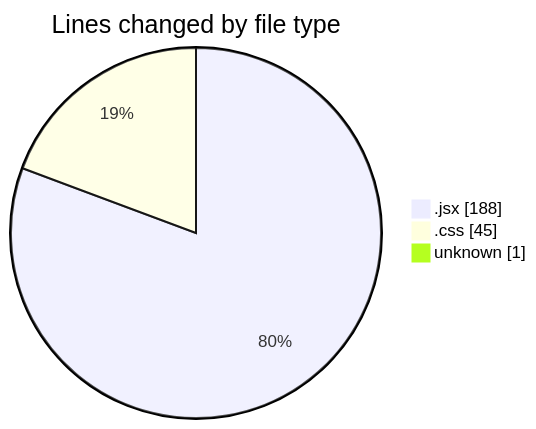
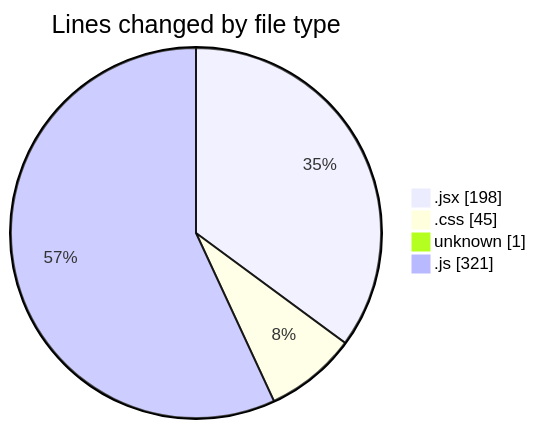
The first of 2 diagrams in 2025-02-06/react_ecom/README.md (Elitesun/code-tracking), drawn with Mermaid before and after one commit. The commit also changed other lines of this file and 1 other file, not shown here.

````diff
--- a/2025-02-06/react_ecom/README.md
+++ b/2025-02-06/react_ecom/README.md
@@ -24,7 +26,8 @@
 ```mermaid
 pie showData
 title Lines changed by file type
-".jsx" : 188
+".jsx" : 198
 ".css" : 45
 "unknown" : 1
+".js" : 321
 ```
````
